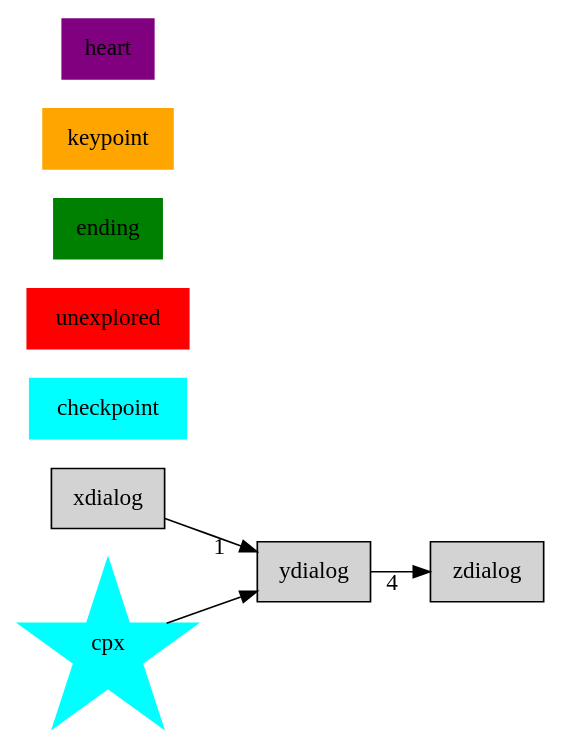
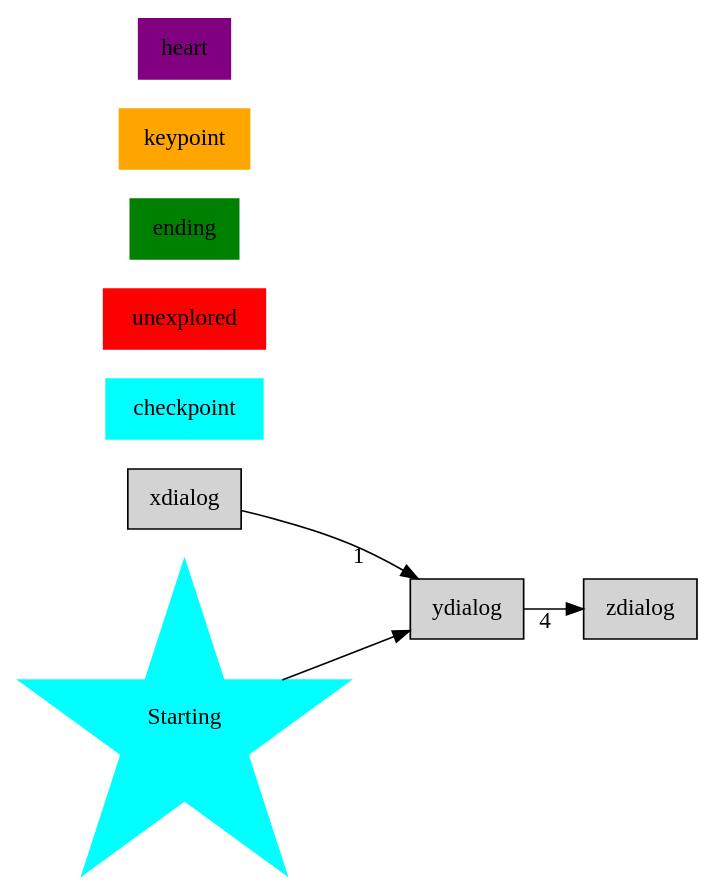
The diagram in hangout-events/sample.dot (ValentinGuillon/genshin), drawn with Graphviz before and after one commit.

Commit message:
sample.dot: tiny update

```diff
--- a/hangout-events/sample.dot
+++ b/hangout-events/sample.dot
@@ -1,72 +1,73 @@
 
 digraph G {
     rankdir=LR
     node [style=filled, shape=rect]
     // node [label="***"] //censure lol
 
 
 
-
-
     //links
     "xdialog" -> "ydialog"  [xlabel="1"]
     "ydialog" -> "zdialog"  [xlabel="4"]
-
-
 
 
 
     //legend
     "checkpoint" [color=cyan]
     "unexplored" [color=red]
     "ending" [color=green]
     "keypoint" [color=orange]
     "heart" [color=purple]
 
 
+
     //checkpoints
-    cpX [shape=star, label="cpx", color=cyan]
-    cpX -> "ydialog"
+    // cpX [shape=star, label="cpx", color=cyan]
+    // cpX -> "ydialog"
+
+    cp1 [shape=star, label="Starting", color=cyan]
+    cp1 -> "ydialog"
     
 
 
     //key points
     // keyxstart [label="key point\n(start)", shape=house, color=orange]
     // keyxend [label="key point\n(end)", shape=house, color=orange]
     // "xx" [fontcolor=orange]
 
 
 
-
-
     //event
     // "xx" [shape=circle]
 
 
 
     //dots
     // dotx [shape=point]
-    // dotx -> "text1" [xlabel="?", arrowhead=none]
-    // dotx -> "text2" [xlabel="?", arrowhead=none]
+    // "text1" -> dotx [xlabel="?", arrowhead=none] //type this on the link's list
+    // dotx -> "text2"
+    // dotx -> "text3"
+
 
 
     //heart gain/lose
     // "xdialog" [xlabel="-1", color=purple]
 
 
 
     //ending
     // "xx" [color=green]
+
 
 
     //duplicata
     // "xx 1" [label="xx"]
 
 
 
     //special
     // "<FAIL>" [shape=doublecircle]
     // "<SUCCESS>" [shape=doublecircle]
 
 
 }
```
